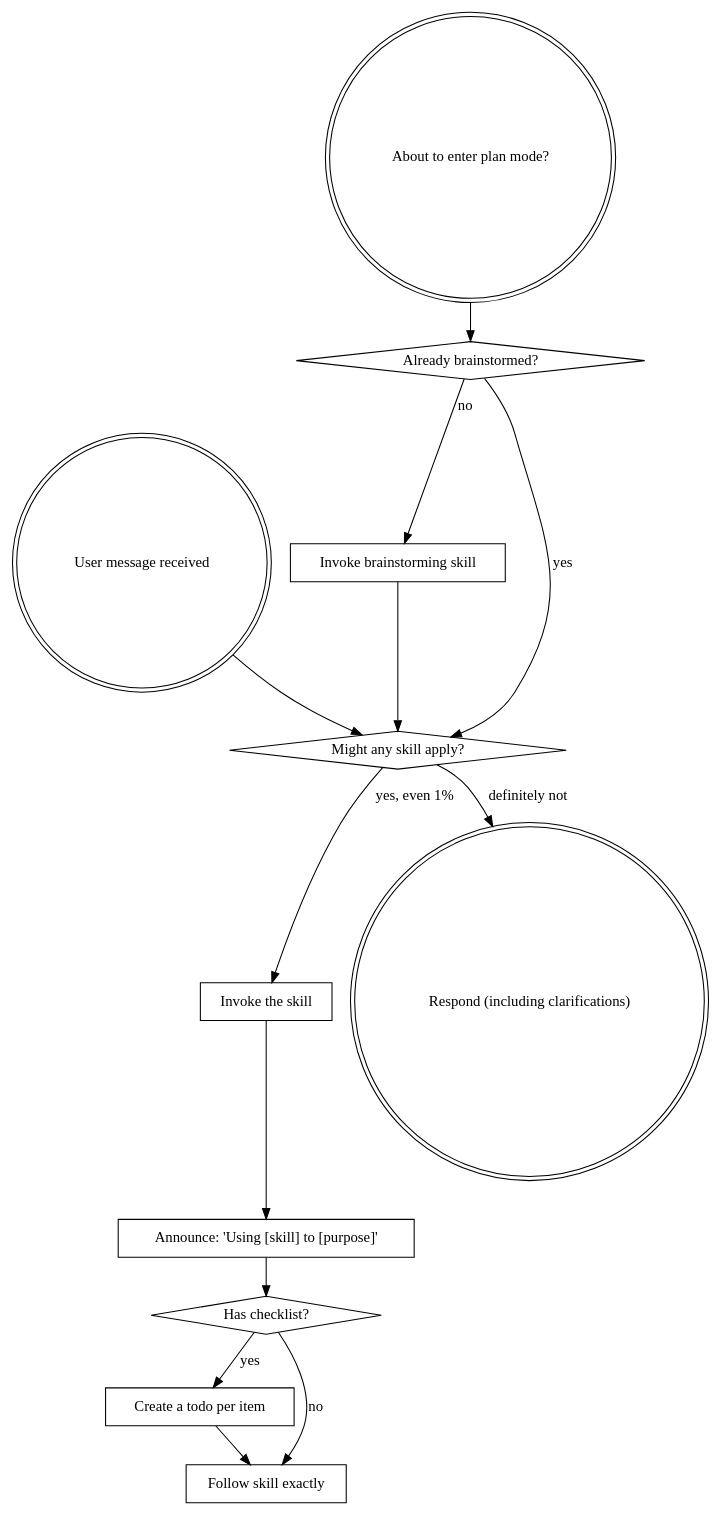
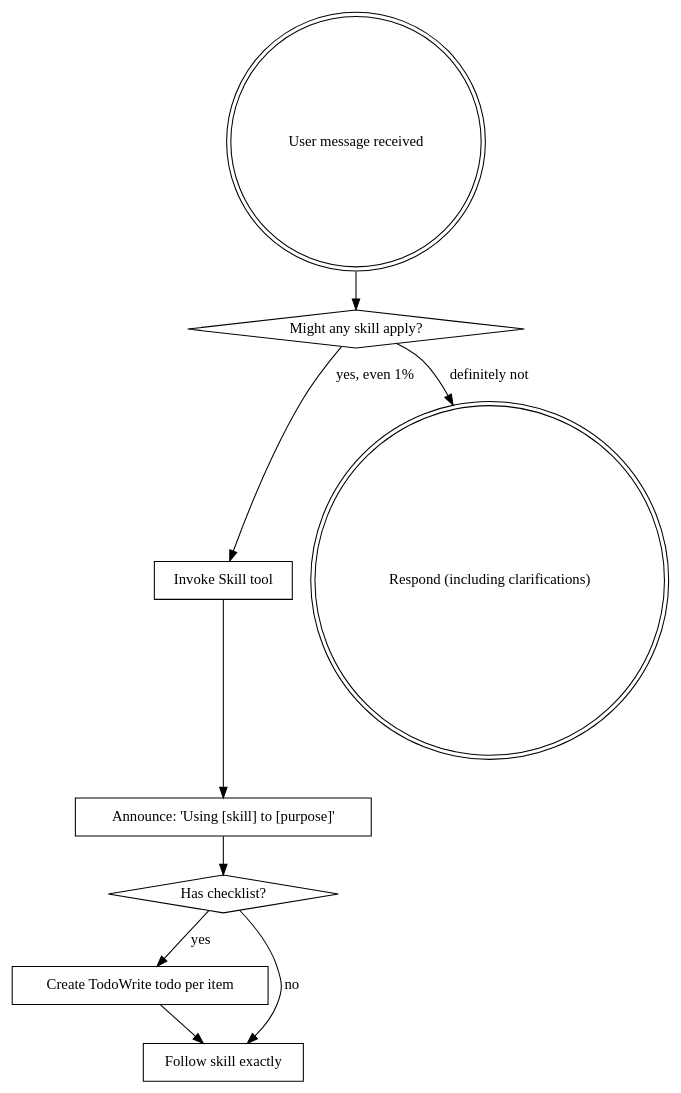
One commit to maromcohen/Marom--studio changed the diagram in .claude/skills/using-superpowers/SKILL.md. Above: the diagram before and after it, drawn with Graphviz. The commit also changed other lines of this file and 5351 other files, not shown here.

````diff
--- a/.claude/skills/using-superpowers/SKILL.md
+++ b/.claude/skills/using-superpowers/SKILL.md
@@ -52,29 +29,21 @@
 ```dot
 digraph skill_flow {
     "User message received" [shape=doublecircle];
-    "About to enter plan mode?" [shape=doublecircle];
-    "Already brainstormed?" [shape=diamond];
-    "Invoke brainstorming skill" [shape=box];
     "Might any skill apply?" [shape=diamond];
-    "Invoke the skill" [shape=box];
+    "Invoke Skill tool" [shape=box];
     "Announce: 'Using [skill] to [purpose]'" [shape=box];
     "Has checklist?" [shape=diamond];
-    "Create a todo per item" [shape=box];
+    "Create TodoWrite todo per item" [shape=box];
     "Follow skill exactly" [shape=box];
     "Respond (including clarifications)" [shape=doublecircle];
 
-    "About to enter plan mode?" -> "Already brainstormed?";
-    "Already brainstormed?" -> "Invoke brainstorming skill" [label="no"];
-    "Already brainstormed?" -> "Might any skill apply?" [label="yes"];
-    "Invoke brainstorming skill" -> "Might any skill apply?";
-
     "User message received" -> "Might any skill apply?";
-    "Might any skill apply?" -> "Invoke the skill" [label="yes, even 1%"];
+    "Might any skill apply?" -> "Invoke Skill tool" [label="yes, even 1%"];
     "Might any skill apply?" -> "Respond (including clarifications)" [label="definitely not"];
-    "Invoke the skill" -> "Announce: 'Using [skill] to [purpose]'";
+    "Invoke Skill tool" -> "Announce: 'Using [skill] to [purpose]'";
     "Announce: 'Using [skill] to [purpose]'" -> "Has checklist?";
-    "Has checklist?" -> "Create a todo per item" [label="yes"];
+    "Has checklist?" -> "Create TodoWrite todo per item" [label="yes"];
     "Has checklist?" -> "Follow skill exactly" [label="no"];
-    "Create a todo per item" -> "Follow skill exactly";
+    "Create TodoWrite todo per item" -> "Follow skill exactly";
 }
 ```
````
